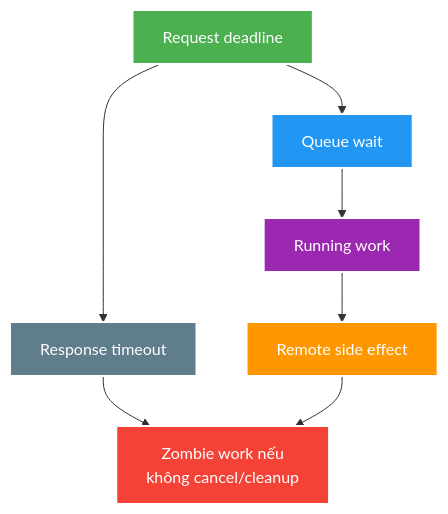
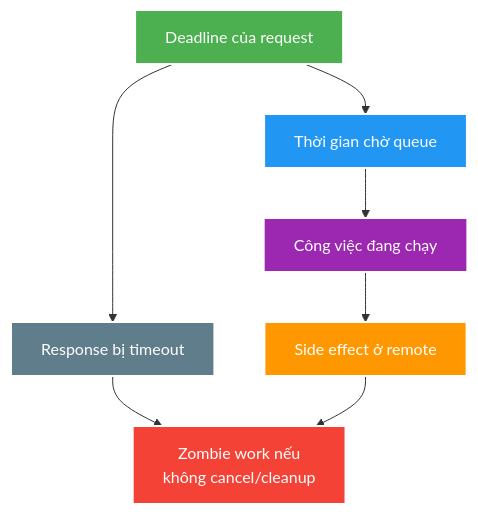
The diagram in docs/learning/topics/java/theory/deep-dives/executors-cancellation-context-and-backpressure.md (HungPhan200591/live-stream-backend), drawn with Mermaid before and after one commit. The commit also changed other lines of this file and 177 other files, not shown here.

````diff
--- a/docs/learning/topics/java/theory/deep-dives/executors-cancellation-context-and-backpressure.md
+++ b/docs/learning/topics/java/theory/deep-dives/executors-cancellation-context-and-backpressure.md
@@ -28,15 +28,15 @@
 ```mermaid
 flowchart TB
-    R["Request deadline"] --> Q["Queue wait"]
-    Q --> W["Running work"]
-    W --> D["Remote side effect"]
-    R --> T["Response timeout"]
+    R["Deadline của request"] --> Q["Thời gian chờ queue"]
+    Q --> W["Công việc đang chạy"]
+    W --> D["Side effect ở remote"]
+    R --> T["Response bị timeout"]
     T --> Z["Zombie work nếu<br/>không cancel/cleanup"]
     D --> Z
     style R fill:#4CAF50,stroke:#fff,stroke-width:2px,color:#fff
     style Q fill:#2196F3,stroke:#fff,stroke-width:2px,color:#fff
     style W fill:#9C27B0,stroke:#fff,stroke-width:2px,color:#fff
     style D fill:#FF9800,stroke:#fff,stroke-width:2px,color:#fff
     style T fill:#607D8B,stroke:#fff,stroke-width:2px,color:#fff
     style Z fill:#F44336,stroke:#fff,stroke-width:2px,color:#fff
 ```
````
